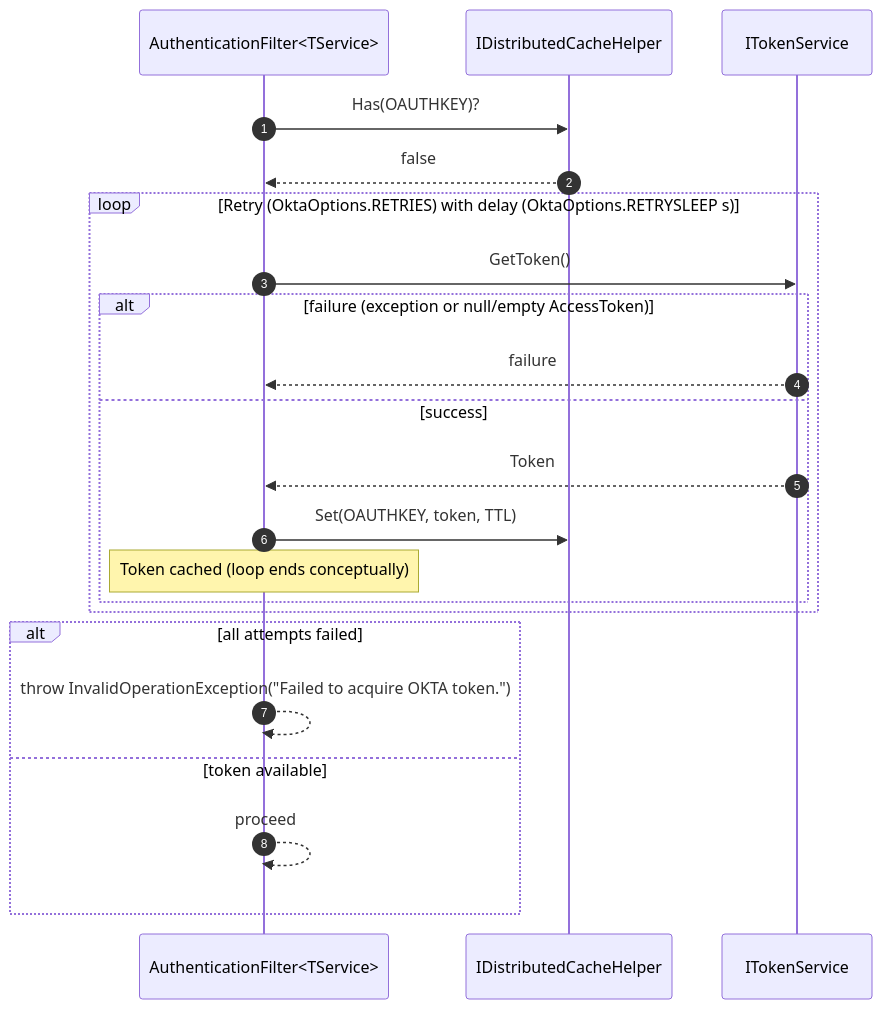
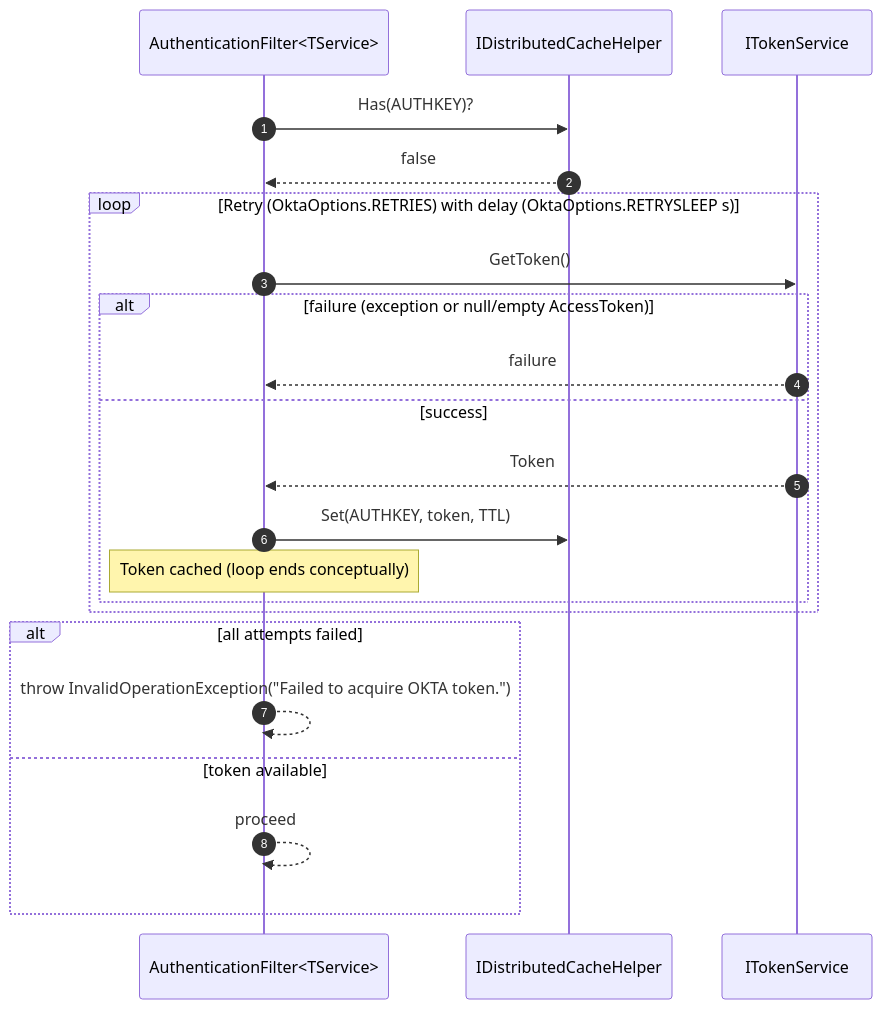
Before and after one commit to john-maurer/Maurer.OktaFilter: the fourth of 4 diagrams in README.md, drawn with Mermaid. The commit also changed other lines of this file and 11 other files, not shown here.

````diff
--- a/README.md
+++ b/README.md
@@ -254,25 +258,25 @@
 ```mermaid
 sequenceDiagram
 autonumber
 participant Filter as AuthenticationFilter<TService>
 participant Cache as IDistributedCacheHelper
 participant TokenSvc as ITokenService
 
-Filter->>Cache: Has(OAUTHKEY)?
+Filter->>Cache: Has(AUTHKEY)?
 Cache-->>Filter: false
 loop Retry (OktaOptions.RETRIES) with delay (OktaOptions.RETRYSLEEP s)
   Filter->>TokenSvc: GetToken()
   alt failure (exception or null/empty AccessToken)
     TokenSvc-->>Filter: failure
   else success
     TokenSvc-->>Filter: Token
-    Filter->>Cache: Set(OAUTHKEY, token, TTL)
+    Filter->>Cache: Set(AUTHKEY, token, TTL)
     note over Filter: Token cached (loop ends conceptually)
   end
 end
 alt all attempts failed
   Filter-->>Filter: throw InvalidOperationException("Failed to acquire OKTA token.")
 else token available
   Filter-->>Filter: proceed
 end
 ```
````
